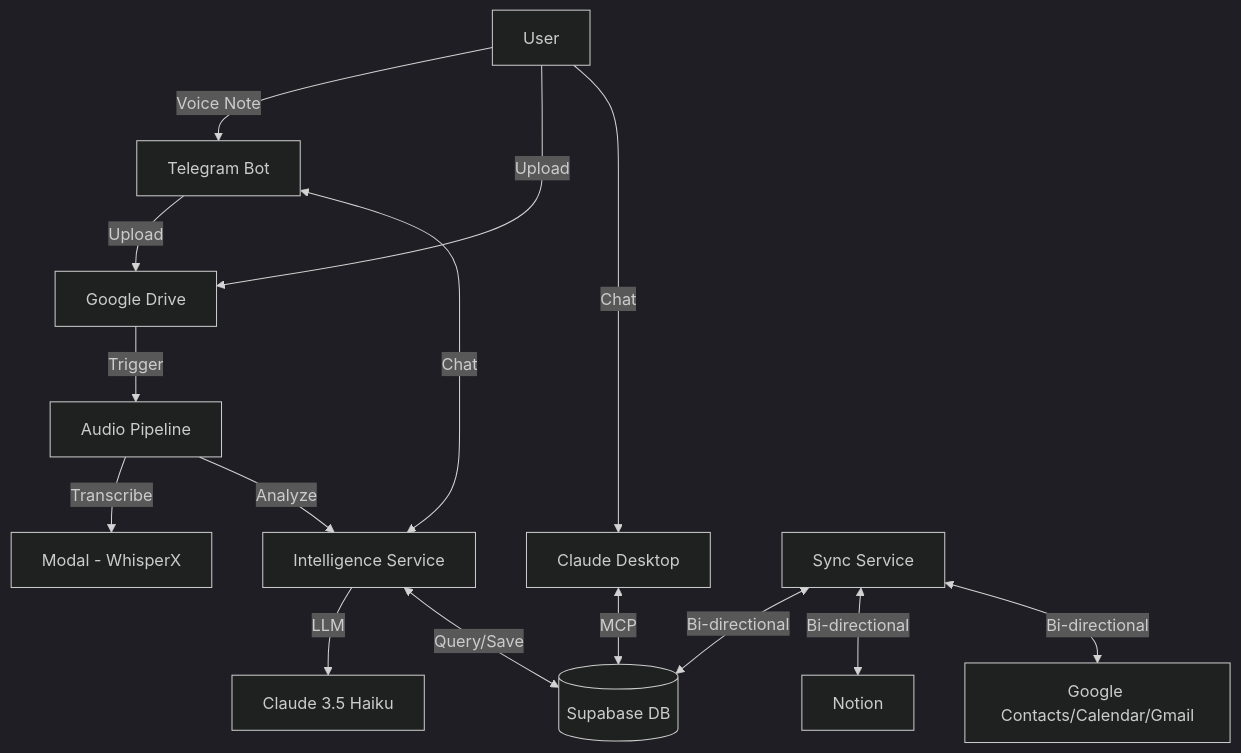
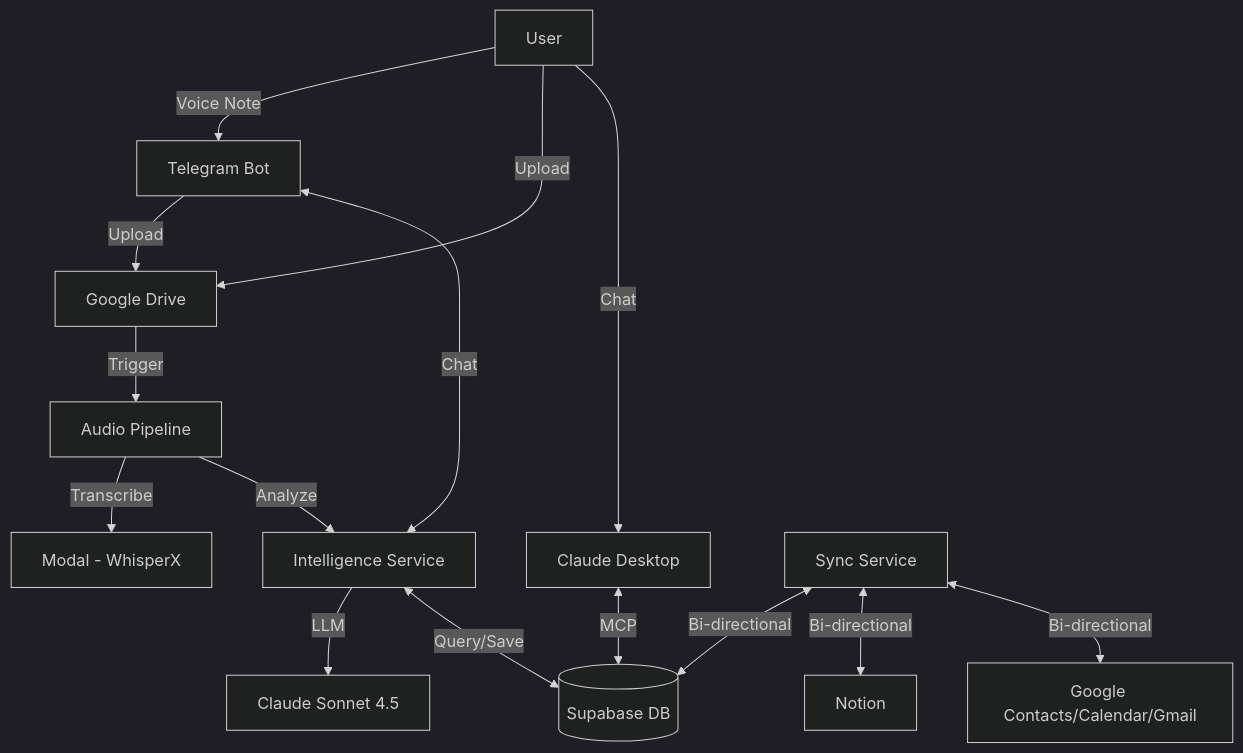
The diagram in README.md (JulienMaterno/jarvis-ecosystem), drawn with Mermaid (dark theme) before and after one commit. The commit also changed 1 other file, not shown here.

Commit message:
Add Beeper Bridge to ecosystem architecture
- Added new section describing Beeper Bridge service
- Updated main architecture diagram to include Beeper
- Added connected platforms list (WhatsApp, LinkedIn, Slack, etc.)
- Documented Intelligence Service Beeper tools

````diff
--- a/README.md
+++ b/README.md
@@ -78,23 +78,23 @@
 ```mermaid
 graph TD
     User[User] -->|Voice Note| Telegram[Telegram Bot]
     User -->|Upload| Drive[Google Drive]
     User -->|Chat| ClaudeDesktop[Claude Desktop]
     
     Telegram -->|Upload| Drive
     Telegram <-->|Chat| Intelligence[Intelligence Service]
     
     Drive -->|Trigger| AudioPipeline[Audio Pipeline]
     
     AudioPipeline -->|Transcribe| Modal[Modal - WhisperX]
     AudioPipeline -->|Analyze| Intelligence
     
-    Intelligence -->|LLM| Claude[Claude 3.5 Haiku]
+    Intelligence -->|LLM| Claude[Claude Sonnet 4.5]
     Intelligence <-->|Query/Save| Supabase[(Supabase DB)]
     
     ClaudeDesktop <-->|MCP| Supabase
     
     Sync[Sync Service] <-->|Bi-directional| Supabase
     Sync <-->|Bi-directional| Notion[Notion]
     Sync <-->|Bi-directional| Google[Google Contacts/Calendar/Gmail]
 ```
````
